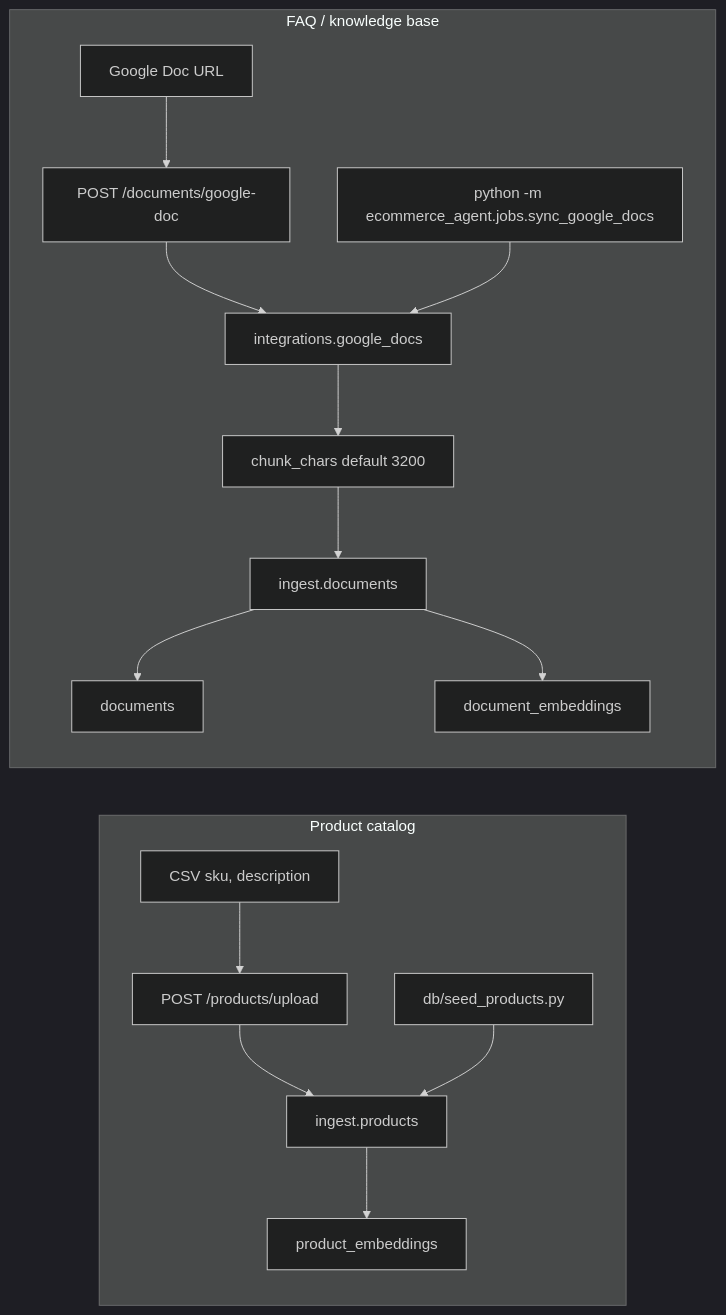
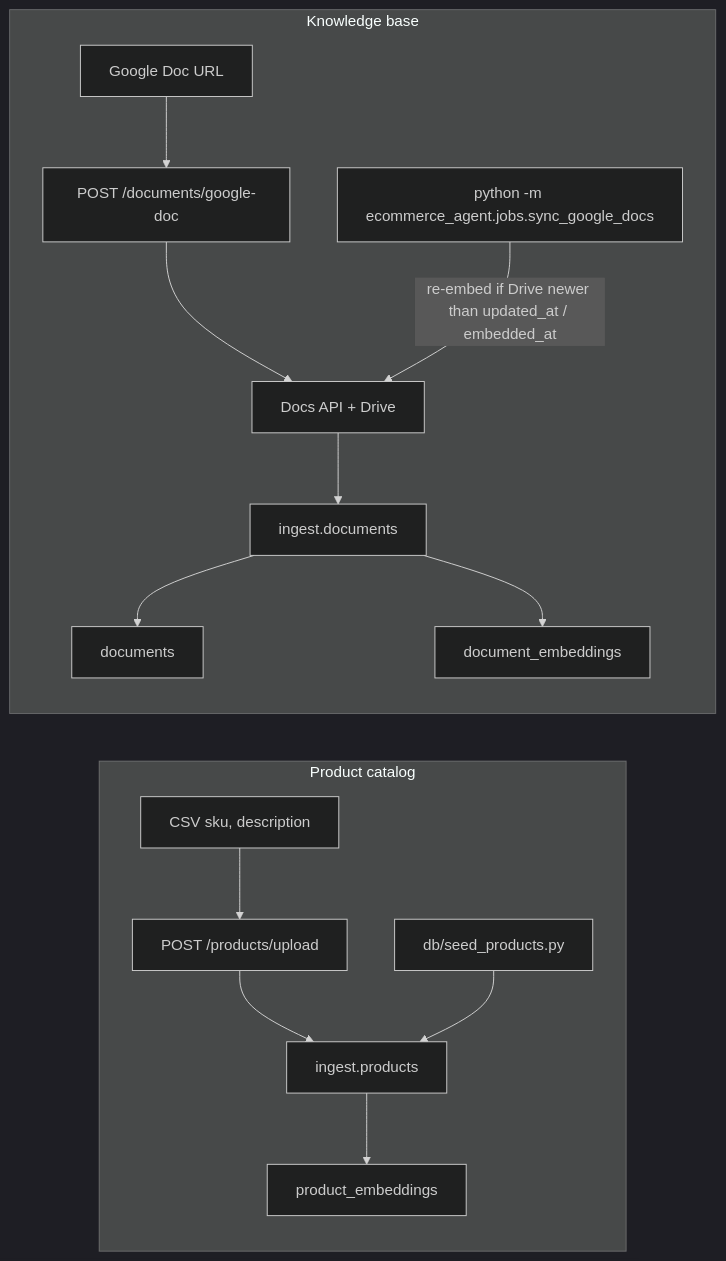
One commit to JJTorresDS/ecommerce-agent changed the third of 4 diagrams in architecture.md. Above: the diagram before and after it, drawn with Mermaid (dark theme). The commit also changed other lines of this file and 10 other files, not shown here.

````diff
--- a/architecture.md
+++ b/architecture.md
@@ -128,30 +166,29 @@
 ```mermaid
 flowchart LR
-    subgraph Products["Product catalog"]
+    subgraph Catalog["Product catalog"]
         CSV["CSV sku, description"]
         Seed["db/seed_products.py"]
         UP["POST /products/upload"]
         Batch["ingest.products"]
         PE["product_embeddings"]
     end
 
-    subgraph Knowledge["FAQ / knowledge base"]
+    subgraph KB["Knowledge base"]
         URL["Google Doc URL"]
         GD["POST /documents/google-doc"]
-        Fetch["integrations.google_docs"]
-        Chunk["chunk_chars default 3200"]
+        GDocs["Docs API + Drive"]
         UD["ingest.documents"]
         DT["documents"]
         DE["document_embeddings"]
         Cron["python -m ecommerce_agent.jobs.sync_google_docs"]
     end
 
     CSV --> UP --> Batch
     Seed --> Batch
     Batch --> PE
 
-    URL --> GD --> Fetch --> Chunk --> UD
-    Cron --> Fetch
+    URL --> GD --> GDocs --> UD
+    Cron -->|"re-embed if Drive newer than updated_at / embedded_at"| GDocs
     UD --> DT
     UD --> DE
 ```
````
